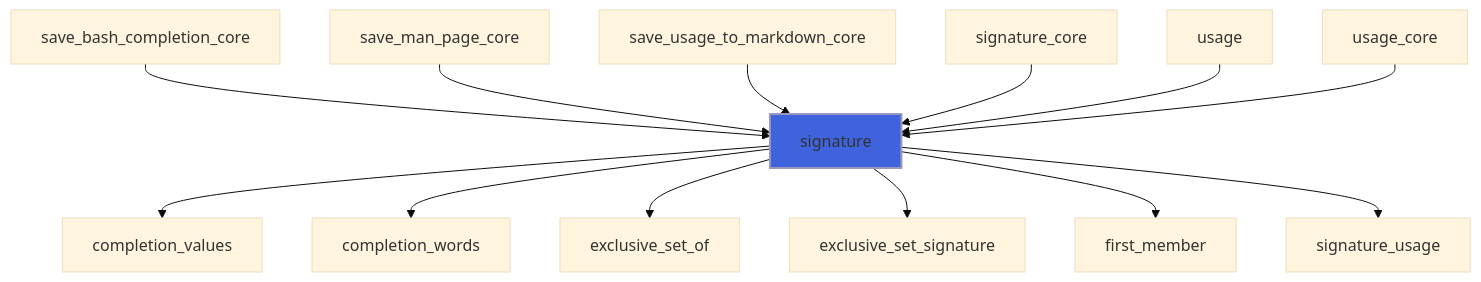
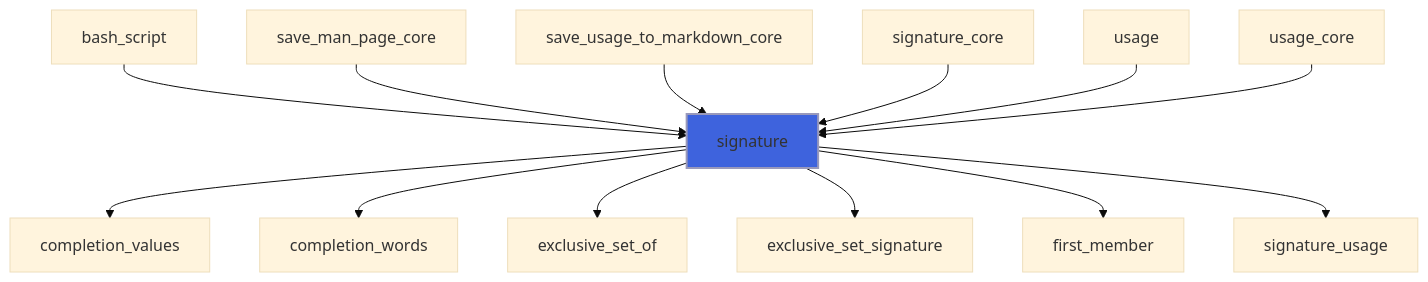
One commit to szaghi/FLAP changed diagram 36 of 39 in docs/api/src/lib/flap_command_line_arguments_group_t.md. Above: the diagram before and after it, drawn with Mermaid (base theme). The commit also changed other lines of this file and 15 other files, not shown here.

````diff
--- a/docs/api/src/lib/flap_command_line_arguments_group_t.md
+++ b/docs/api/src/lib/flap_command_line_arguments_group_t.md
@@ -1328,16 +1330,16 @@
 ```mermaid
 flowchart TD
-  save_bash_completion_core["save_bash_completion_core"] --> signature["signature"]
+  bash_script["bash_script"] --> signature["signature"]
   save_man_page_core["save_man_page_core"] --> signature["signature"]
   save_usage_to_markdown_core["save_usage_to_markdown_core"] --> signature["signature"]
   signature_core["signature_core"] --> signature["signature"]
   usage["usage"] --> signature["signature"]
   usage_core["usage_core"] --> signature["signature"]
   signature["signature"] --> completion_values["completion_values"]
   signature["signature"] --> completion_words["completion_words"]
   signature["signature"] --> exclusive_set_of["exclusive_set_of"]
   signature["signature"] --> exclusive_set_signature["exclusive_set_signature"]
   signature["signature"] --> first_member["first_member"]
   signature["signature"] --> signature_usage["signature_usage"]
   style signature fill:#3e63dd,stroke:#99b,stroke-width:2px
 ```
````
